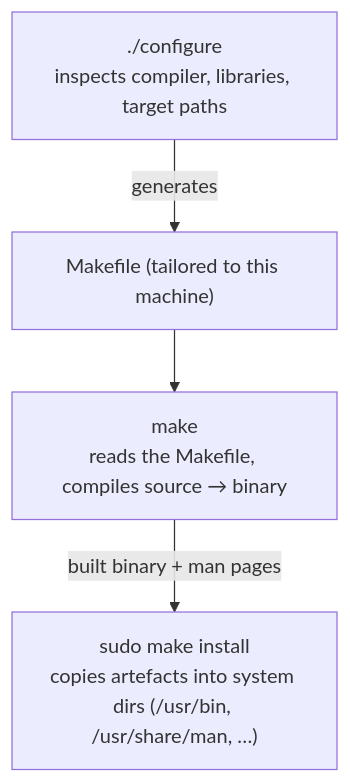
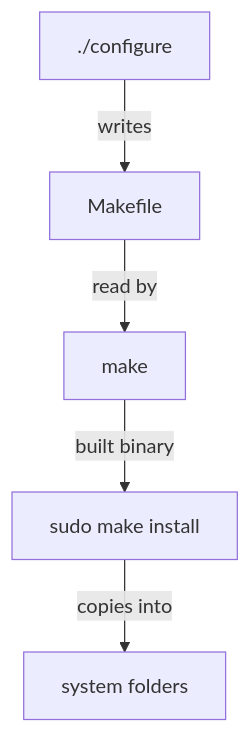
Before and after one commit to astrona-io/ATS002: the diagram in sections/section-030/module-01/course-01-unpacking-and-the-build-pipeline.md, drawn with Mermaid. The commit also changed other lines of this file and 615 other files, not shown here.

````diff
--- a/sections/section-030/module-01/course-01-unpacking-and-the-build-pipeline.md
+++ b/sections/section-030/module-01/course-01-unpacking-and-the-build-pipeline.md
@@ -41,6 +47,7 @@
 ```mermaid
-flowchart TD
-    C["./configure<br/>inspects compiler, libraries, target paths"] -->|generates| M["Makefile (tailored to this machine)"]
-    M --> MK["make<br/>reads the Makefile, compiles source → binary"]
-    MK -->|built binary + man pages| I["sudo make install<br/>copies artefacts into system dirs (/usr/bin, /usr/share/man, …)"]
+flowchart TB
+    C["./configure"] -->|"writes"| M["Makefile"]
+    M -->|"read by"| MK["make"]
+    MK -->|"built binary"| I["sudo make install"]
+    I -->|"copies into"| D["system folders"]
 ```
````
